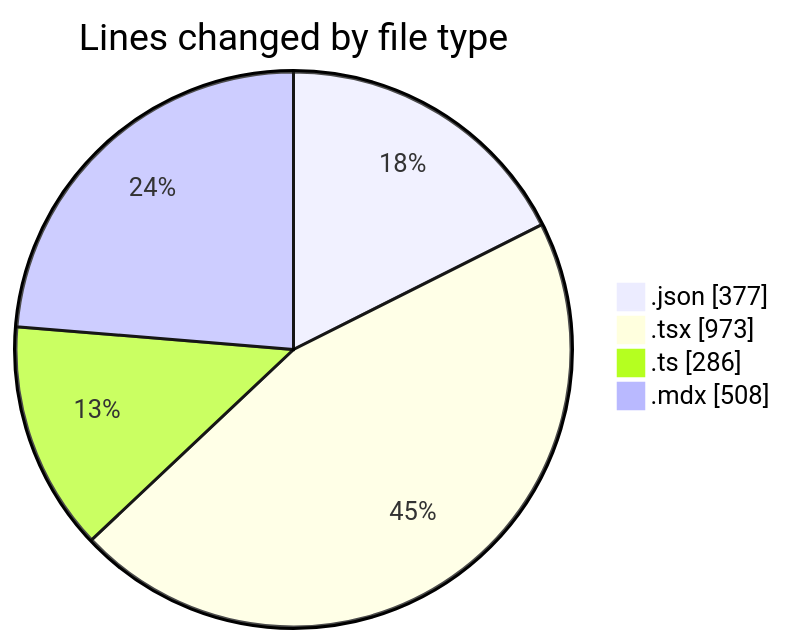
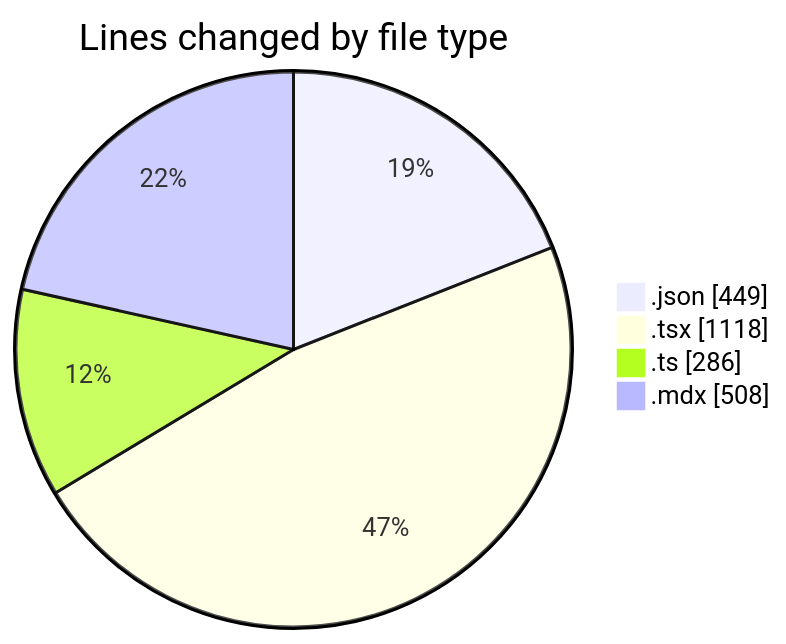
Before and after one commit to Elitesun/code-tracking: the first of 2 diagrams in 2025-05-01/niten/README.md, drawn with Mermaid. The commit also changed other lines of this file and 1 other file, not shown here.

````diff
--- a/2025-05-01/niten/README.md
+++ b/2025-05-01/niten/README.md
@@ -42,8 +45,8 @@
 ```mermaid
 pie showData
 title Lines changed by file type
-".json" : 377
-".tsx" : 973
+".json" : 449
+".tsx" : 1118
 ".ts" : 286
 ".mdx" : 508
 ```
````
